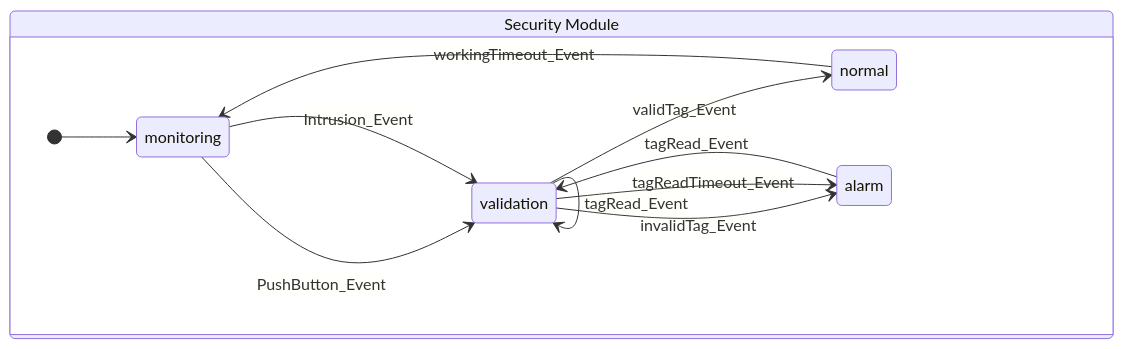
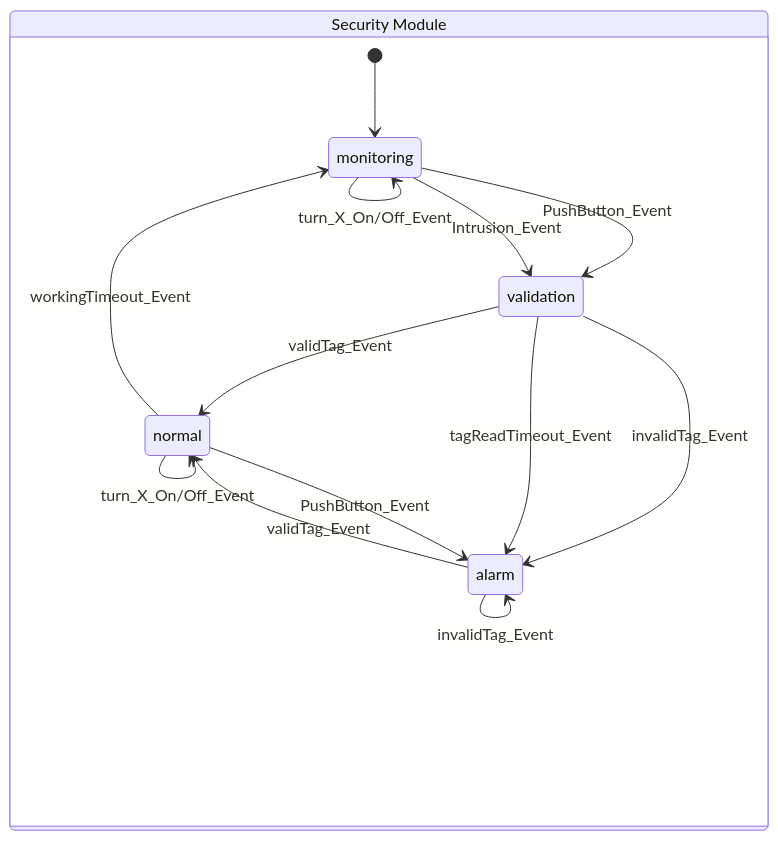
One commit to RobAxt/SMEM-MP changed the diagram in components/security_module/Readme.md. Above: the diagram before and after it, drawn with Mermaid. The commit also changed other lines of this file and 4 other files, not shown here.

````diff
--- a/components/security_module/Readme.md
+++ b/components/security_module/Readme.md
@@ -1,25 +1,28 @@
 ```mermaid
 %%{init: { "themeVariables": { "edgeLabelBackground": "#FFF3CD0F" } }}%%
 %%{init:{ "themeCSS": ".edgeLabel{font-size:12px}" }}%%
 
 stateDiagram-v2
     secMod : Security Module
     state secMod 
     {
-        direction LR
+        direction TB
         state1 : monitoring
         state2 : validation
         state3 : alarm
         state4 : normal
 
         [*] --> state1
         state1 --> state2 : PushButton_Event
         state1 --> state2 : Intrusion_Event
-        state2 --> state4 : validTag_Event
-        state3 --> state2 : tagRead_Event        
+        state2 --> state4 : validTag_Event       
         state2 --> state3 : invalidTag_Event
         state2 --> state3 : tagReadTimeout_Event
-        state2 --> state2 : tagRead_Event
+        state4 --> state4 : turn_X_On/Off_Event
+        state3 --> state4 : validTag_Event       
+        state3 --> state3 : invalidTag_Event
         state4 --> state1 : workingTimeout_Event
+        state1 --> state1 : turn_X_On/Off_Event
+        state4 --> state3 : PushButton_Event
     }
 ```
````
